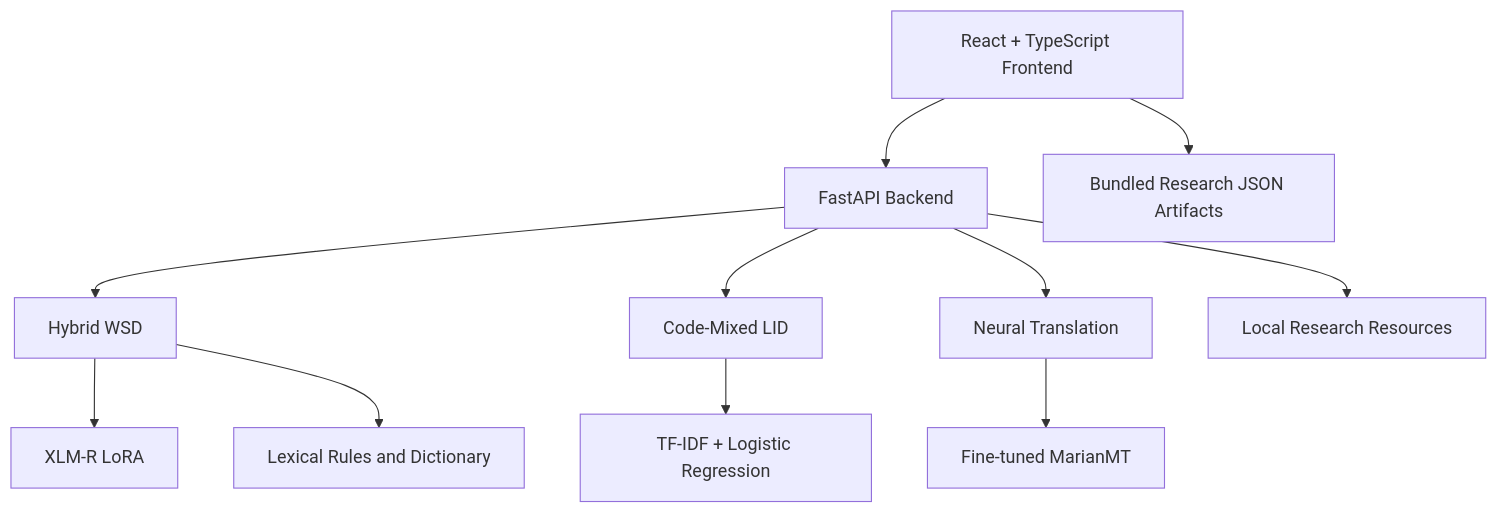
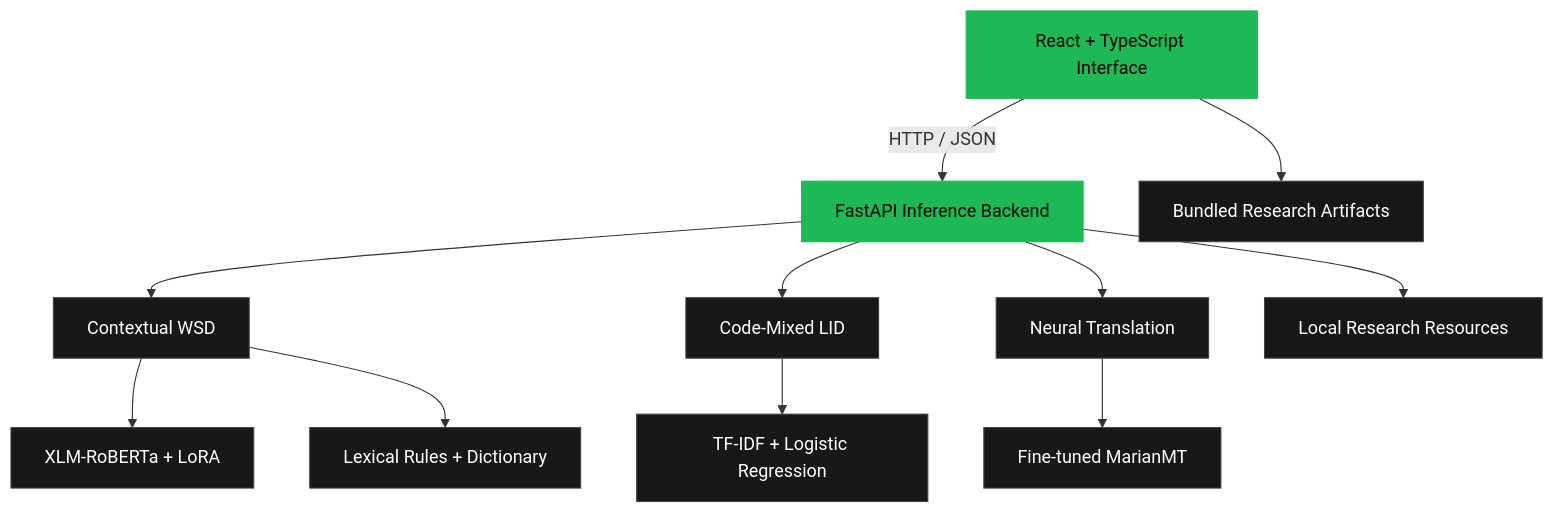
Before and after one commit to SuvratJoshi2275/Contexta: the diagram in README.md, drawn with Mermaid. The commit also changed other lines of this file, not shown here.

````diff
--- a/README.md
+++ b/README.md
@@ -223,13 +237,24 @@
 ```mermaid
 flowchart TD
-    A[React + TypeScript Frontend] --> B[FastAPI Backend]
-    B --> C[Hybrid WSD]
-    B --> D[Code-Mixed LID]
-    B --> E[Neural Translation]
-    C --> F[XLM-R LoRA]
-    C --> G[Lexical Rules and Dictionary]
-    D --> H[TF-IDF + Logistic Regression]
-    E --> I[Fine-tuned MarianMT]
-    A --> J[Bundled Research JSON Artifacts]
-    B --> K[Local Research Resources]
+    UI["React + TypeScript Interface"]
+    API["FastAPI Inference Backend"]
+
+    UI -->|"HTTP / JSON"| API
+    UI --> ART["Bundled Research Artifacts"]
+
+    API --> WSD["Contextual WSD"]
+    API --> LID["Code-Mixed LID"]
+    API --> NMT["Neural Translation"]
+
+    WSD --> XLMR["XLM-RoBERTa + LoRA"]
+    WSD --> RULE["Lexical Rules + Dictionary"]
+    LID --> TFIDF["TF-IDF + Logistic Regression"]
+    NMT --> MARIAN["Fine-tuned MarianMT"]
+
+    API --> DATA["Local Research Resources"]
+
+    classDef primary fill:#1DB954,color:#000000,stroke:#1DB954
+    classDef surface fill:#181818,color:#FFFFFF,stroke:#444444
+    class UI,API primary
+    class ART,WSD,LID,NMT,XLMR,RULE,TFIDF,MARIAN,DATA surface
 ```
````
